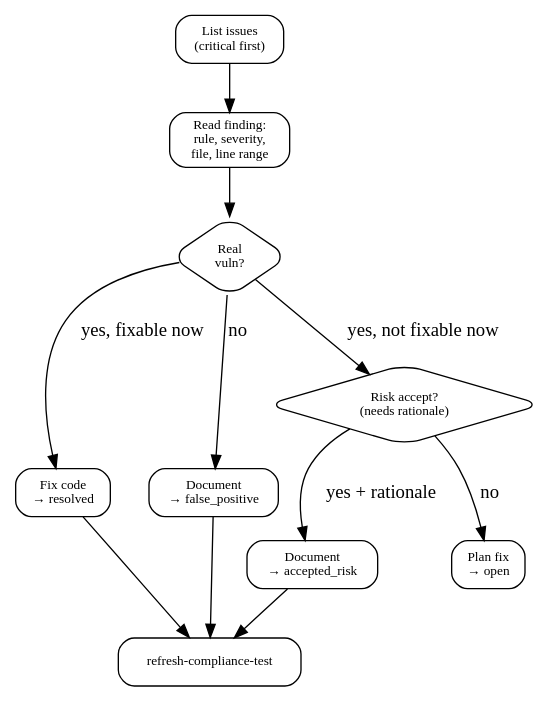
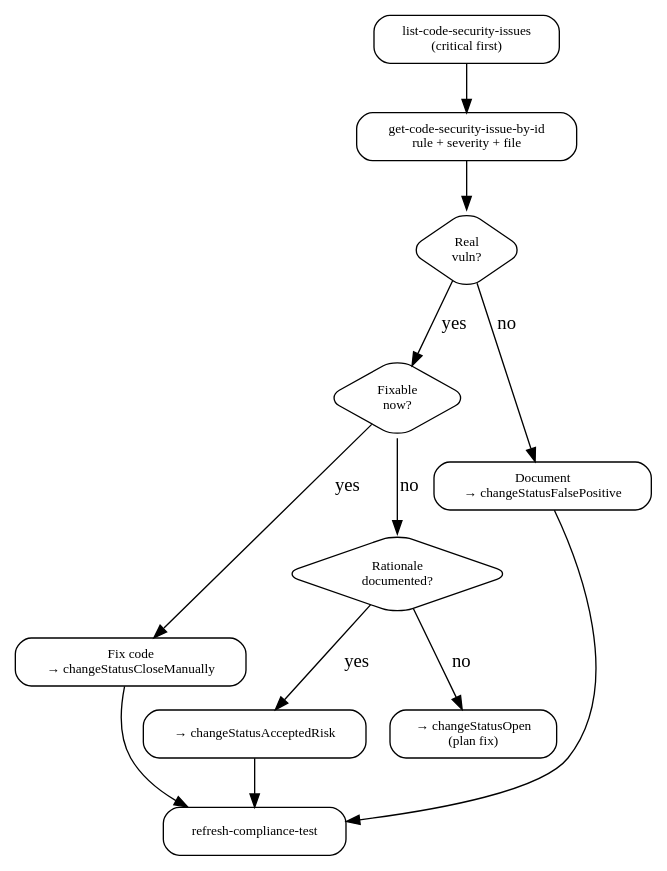
Before and after one commit to Cleo-Labs-IA/skills_library: the diagram in skills/security-posture/SKILL.md, drawn with Graphviz. The commit also changed other lines of this file and 14 other files, not shown here.

````diff
--- a/skills/security-posture/SKILL.md
+++ b/skills/security-posture/SKILL.md
@@ -30,21 +31,23 @@
 ```dot
 digraph triage {
   rankdir=TB; node [shape=box style=rounded fontsize=10];
-  list [label="List issues\n(critical first)"];
-  read [label="Read finding:\nrule, severity,\nfile, line range"];
-  decide [label="Real\nvuln?" shape=diamond];
-  fix [label="Fix code\n→ resolved"];
-  fp [label="Document\n→ false_positive"];
-  accept [label="Risk accept?\n(needs rationale)" shape=diamond];
-  ar [label="Document\n→ accepted_risk"];
-  fix2 [label="Plan fix\n→ open"];
+  list [label="list-code-security-issues\n(critical first)"];
+  read [label="get-code-security-issue-by-id\nrule + severity + file"];
+  real [label="Real\nvuln?" shape=diamond];
+  fixable [label="Fixable\nnow?" shape=diamond];
+  fix [label="Fix code\n→ changeStatusCloseManually"];
+  fp [label="Document\n→ changeStatusFalsePositive"];
+  accept [label="Rationale\ndocumented?" shape=diamond];
+  ar [label="→ changeStatusAcceptedRisk"];
+  plan [label="→ changeStatusOpen\n(plan fix)"];
   refresh [label="refresh-compliance-test"];
-  list -> read -> decide;
-  decide -> fix [label="yes, fixable now"];
-  decide -> fp [label="no"];
-  decide -> accept [label="yes, not fixable now"];
-  accept -> ar [label="yes + rationale"];
-  accept -> fix2 [label="no"];
+  list -> read -> real;
+  real -> fixable [label="yes"];
+  real -> fp [label="no"];
+  fixable -> fix [label="yes"];
+  fixable -> accept [label="no"];
+  accept -> ar [label="yes"];
+  accept -> plan [label="no"];
   fix -> refresh; fp -> refresh; ar -> refresh;
 }
 ```
````
